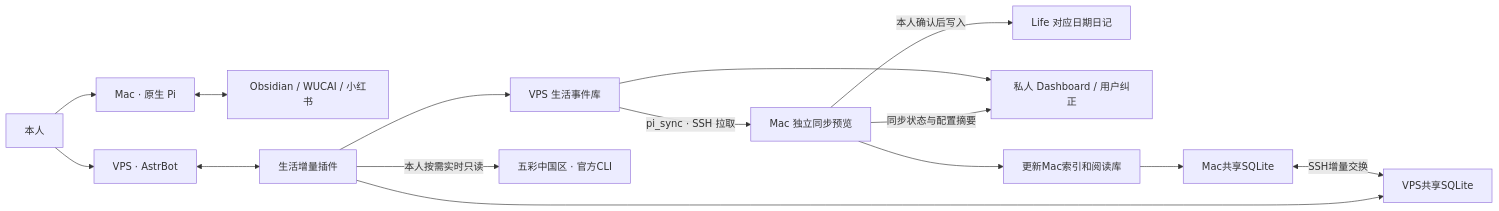
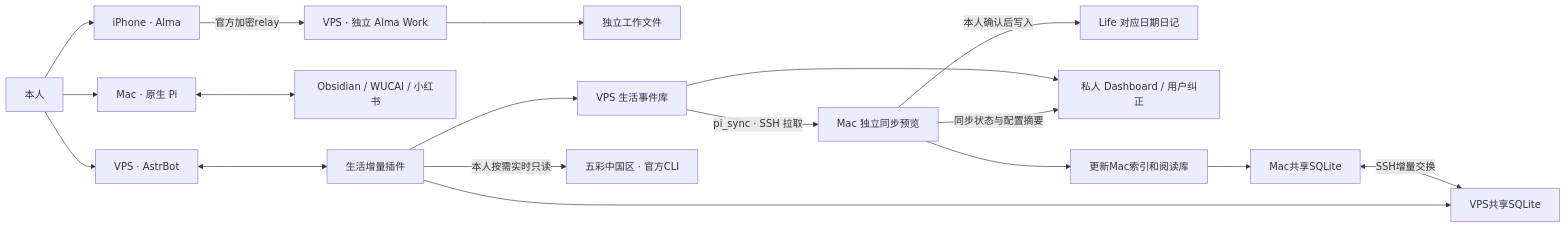
The diagram in SPECIFICATION.md (Corele-one/personal_asis), drawn with Mermaid before and after one commit. The commit also changed other lines of this file and 22 other files, not shown here.

First line of the commit message:
feat(work): deploy independent Alma and sync implementation roadmap

````diff
--- a/SPECIFICATION.md
+++ b/SPECIFICATION.md
@@ -7,17 +7,20 @@
 ```mermaid
 flowchart LR
   User[本人] --> Pi[Mac · 原生 Pi]
   User --> Bot[VPS · AstrBot]
+  User --> Phone[iPhone · Alma]
+  Phone -->|官方加密relay| Work[VPS · 独立 Alma Work]
+  Work --> WorkFiles[独立工作文件]
   Pi <--> Sources[Obsidian / WUCAI / 小红书]
   Bot <--> Plugin[生活增量插件]
   Plugin --> Events[VPS 生活事件库]
   Events -->|pi_sync · SSH 拉取| Preview[Mac 独立同步预览]
   Preview -->|本人确认后写入| Daily[Life 对应日期日记]
   Events --> Dashboard[私人 Dashboard / 用户纠正]
   Preview -->|同步状态与配置摘要| Dashboard
   Preview --> Refresh[更新Mac索引和阅读库]
   Refresh --> MacDB[Mac共享SQLite]
   MacDB <-->|SSH增量交换| VpsDB[VPS共享SQLite]
   Plugin --> VpsDB
   Plugin -->|本人按需实时只读| WuCaiCLI[五彩中国区 · 官方CLI]
 ```
````
